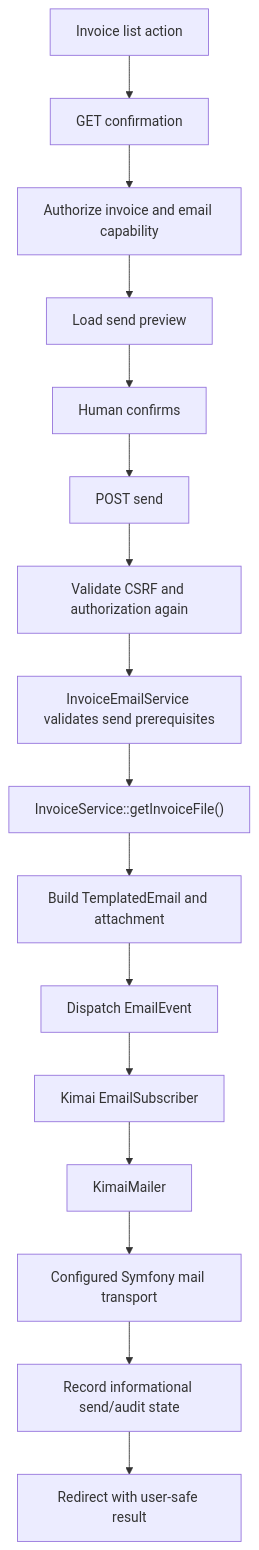
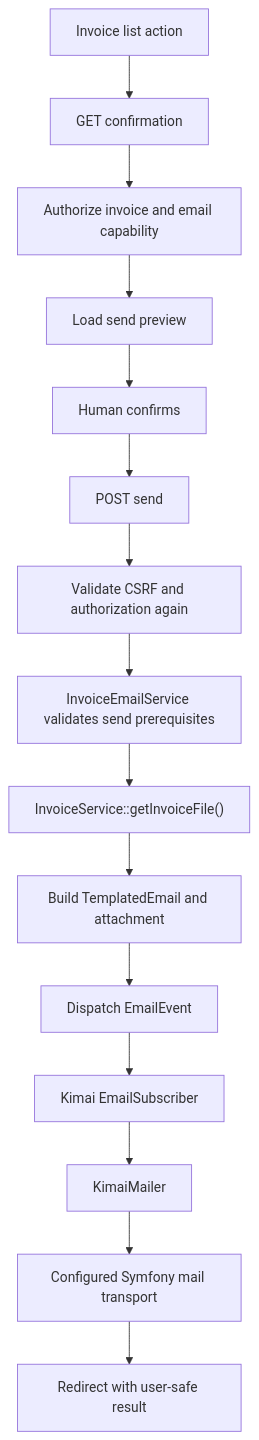
One commit to wesley-dean/kimai-email-plugin changed the diagram in doc/architecture.md. Above: the diagram before and after it, drawn with Mermaid. The commit also changed other lines of this file and 17 other files, not shown here.

````diff
--- a/doc/architecture.md
+++ b/doc/architecture.md
@@ -49,18 +49,17 @@
 ```mermaid
 flowchart TD
     A["Invoice list action"] --> B["GET confirmation"]
     B --> C["Authorize invoice and email capability"]
     C --> D["Load send preview"]
     D --> E["Human confirms"]
     E --> F["POST send"]
     F --> G["Validate CSRF and authorization again"]
     G --> H["InvoiceEmailService validates send prerequisites"]
     H --> I["InvoiceService::getInvoiceFile()"]
     I --> J["Build TemplatedEmail and attachment"]
     J --> K["Dispatch EmailEvent"]
     K --> L["Kimai EmailSubscriber"]
     L --> M["KimaiMailer"]
     M --> N["Configured Symfony mail transport"]
-    N --> O["Record informational send/audit state"]
-    O --> P["Redirect with user-safe result"]
+    N --> O["Redirect with user-safe result"]
 ```
````
